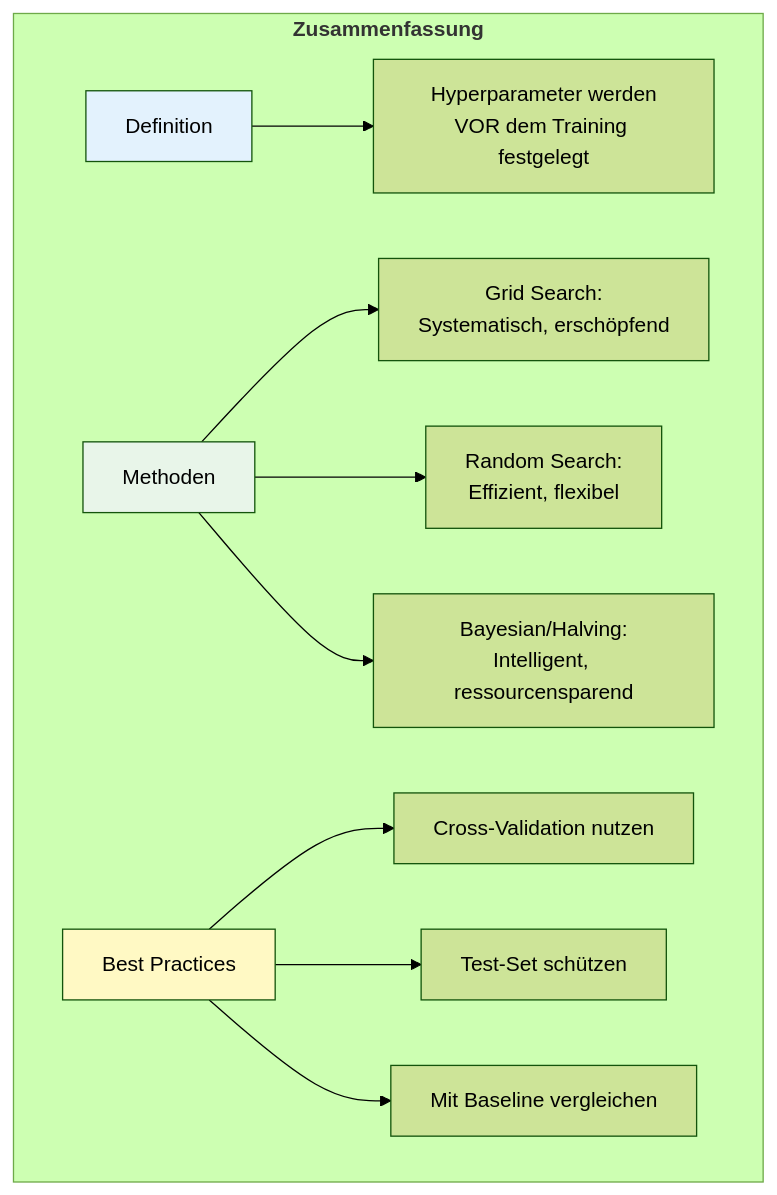
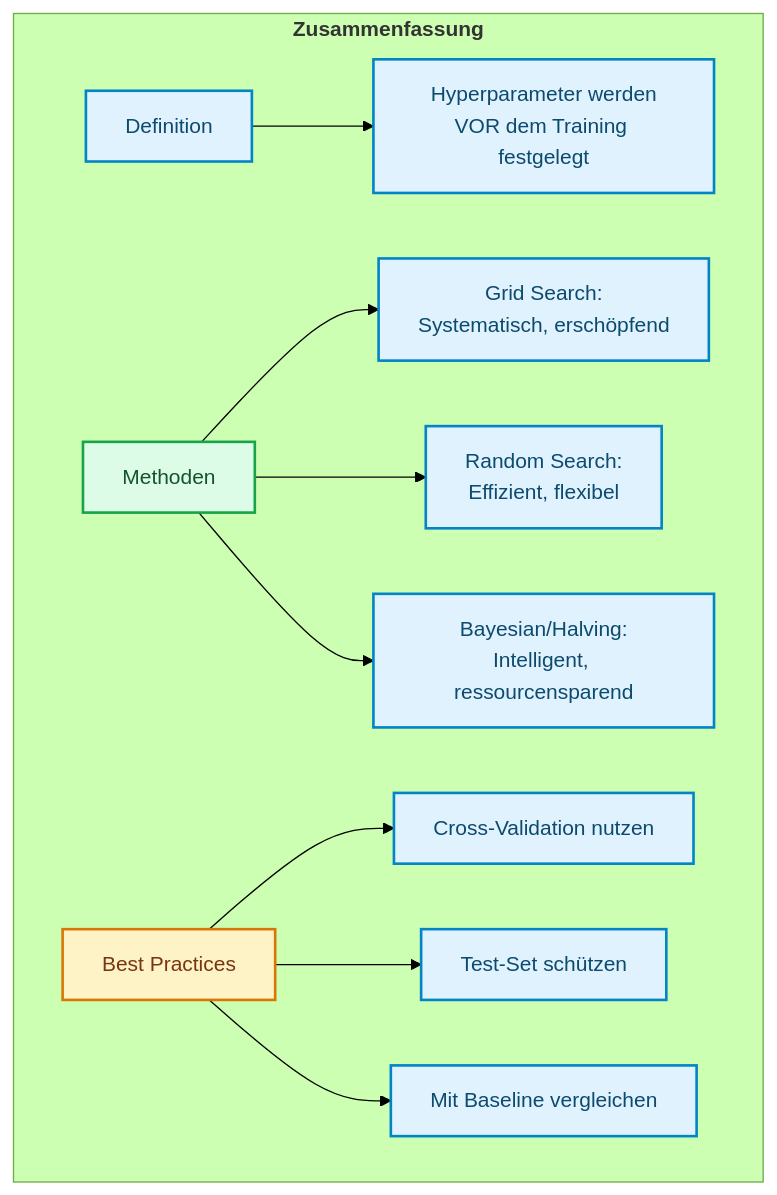
One commit to ralf-42/ML_Intro changed diagram 12 of 12 in docs/concepts/evaluate/hyperparameter_tuning.md. Above: the diagram before and after it, drawn with Mermaid (forest theme). The commit also changed other lines of this file and 67 other files, not shown here.

````diff
--- a/docs/concepts/evaluate/hyperparameter_tuning.md
+++ b/docs/concepts/evaluate/hyperparameter_tuning.md
@@ -706,21 +725,23 @@
 ```mermaid
 flowchart TB
     subgraph summary["<b>Zusammenfassung"]
         D["Definition"]
         D --> D1["Hyperparameter werden<br/>VOR dem Training festgelegt"]
         
         M["Methoden"]
         M --> M1["Grid Search:<br/>Systematisch, erschöpfend"]
         M --> M2["Random Search:<br/>Effizient, flexibel"]
         M --> M3["Bayesian/Halving:<br/>Intelligent, ressourcensparend"]
         
         BP["Best Practices"]
         BP --> BP1["Cross-Validation nutzen"]
         BP --> BP2["Test-Set schützen"]
         BP --> BP3["Mit Baseline vergleichen"]
     end
-    
-    style D fill:#e3f2fd
-    style M fill:#e8f5e9
-    style BP fill:#fff9c4
+
+    classDef default fill:#e0f2fe,stroke:#0284c7,stroke-width:2px,color:#0c4a6e;
+    classDef metric fill:#fef3c7,stroke:#d97706,stroke-width:2px,color:#78350f;
+    classDef output fill:#dcfce7,stroke:#16a34a,stroke-width:2px,color:#14532d;
+    class BP metric;
+    class M output;
 ```
````
